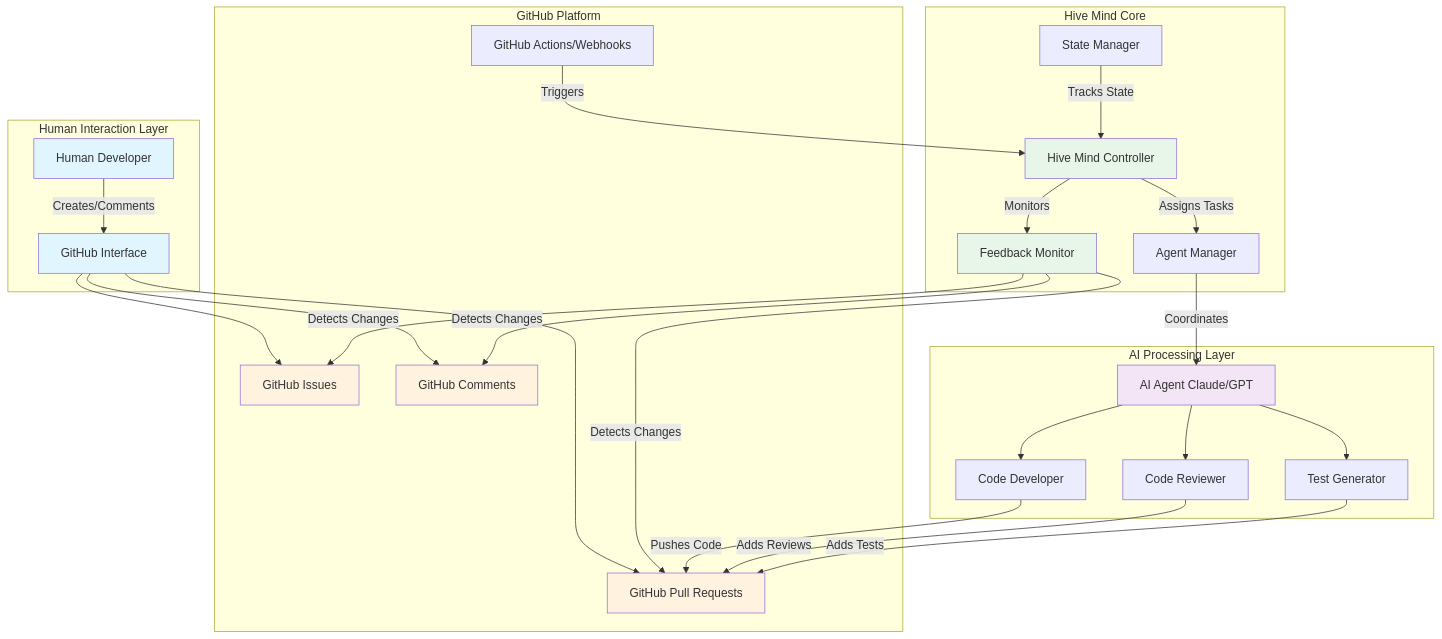
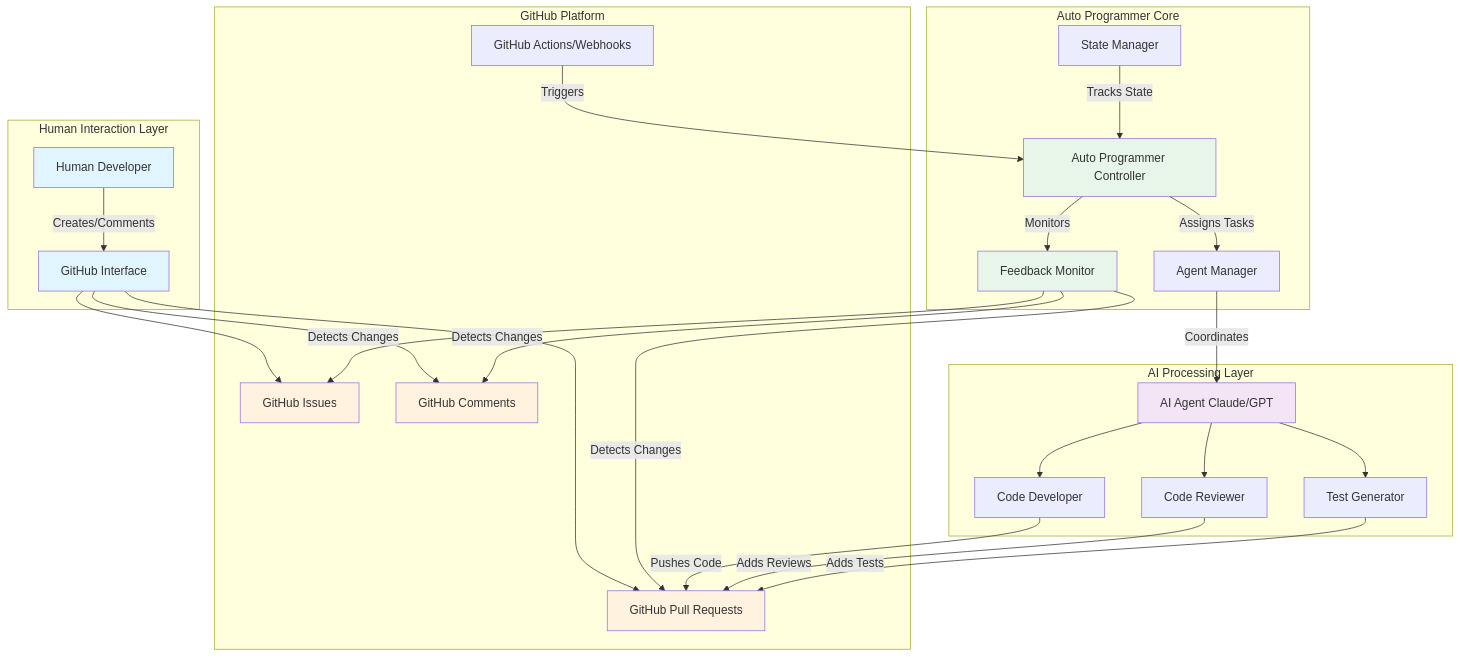
The first of 6 diagrams in docs/flow.md (PeterMotorniy/auto-programmer), drawn with Mermaid before and after one commit. The commit also changed other lines of this file and 3556 other files, not shown here.

````diff
--- a/docs/flow.md
+++ b/docs/flow.md
@@ -35,60 +35,60 @@
 ```mermaid
 graph TB
     subgraph "Human Interaction Layer"
         H1[Human Developer]
         H2[GitHub Interface]
     end
 
     subgraph "GitHub Platform"
         GI[GitHub Issues]
         GP[GitHub Pull Requests]
         GC[GitHub Comments]
         GA[GitHub Actions/Webhooks]
     end
 
-    subgraph "Hive Mind Core"
-        HM[Hive Mind Controller]
+    subgraph "Auto Programmer Core"
+        HM[Auto Programmer Controller]
         AM[Agent Manager]
         FM[Feedback Monitor]
         SM[State Manager]
     end
 
     subgraph "AI Processing Layer"
         AI[AI Agent Claude/GPT]
         CD[Code Developer]
         CR[Code Reviewer]
         TG[Test Generator]
     end
 
     H1 -->|Creates/Comments| H2
     H2 --> GI
     H2 --> GP
     H2 --> GC
 
     GA -->|Triggers| HM
     HM -->|Monitors| FM
     FM -->|Detects Changes| GI
     FM -->|Detects Changes| GP
     FM -->|Detects Changes| GC
 
     HM -->|Assigns Tasks| AM
     AM -->|Coordinates| AI
     AI --> CD
     AI --> CR
     AI --> TG
 
     CD -->|Pushes Code| GP
     CR -->|Adds Reviews| GP
     TG -->|Adds Tests| GP
 
     SM -->|Tracks State| HM
 
     style H1 fill:#e1f5fe
     style H2 fill:#e1f5fe
     style GI fill:#fff3e0
     style GP fill:#fff3e0
     style GC fill:#fff3e0
     style HM fill:#e8f5e9
     style FM fill:#e8f5e9
     style AI fill:#f3e5f5
 ```
````
